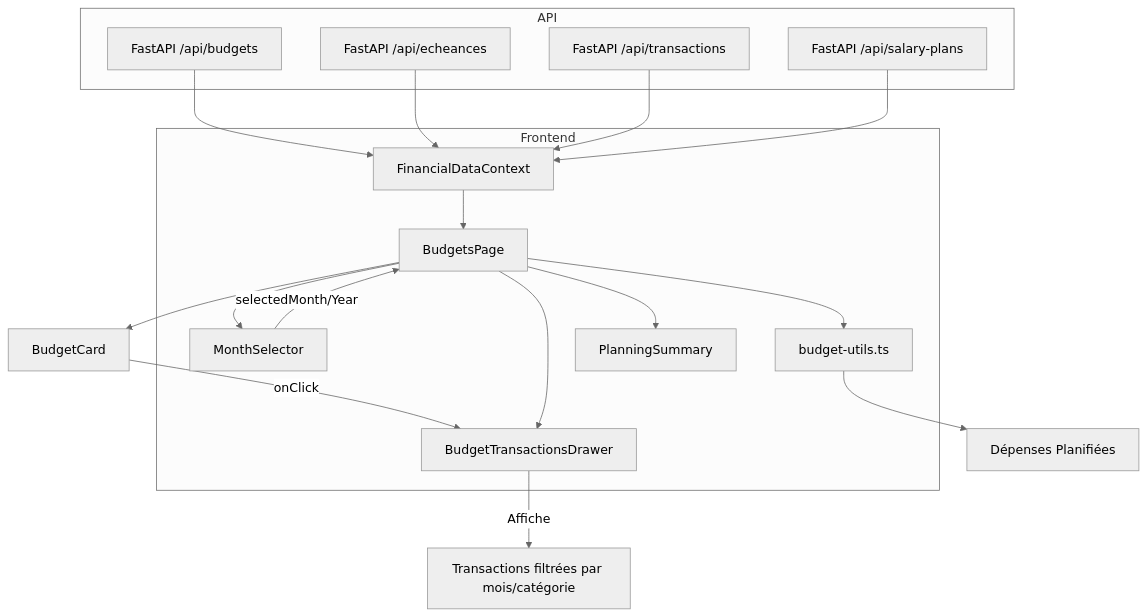
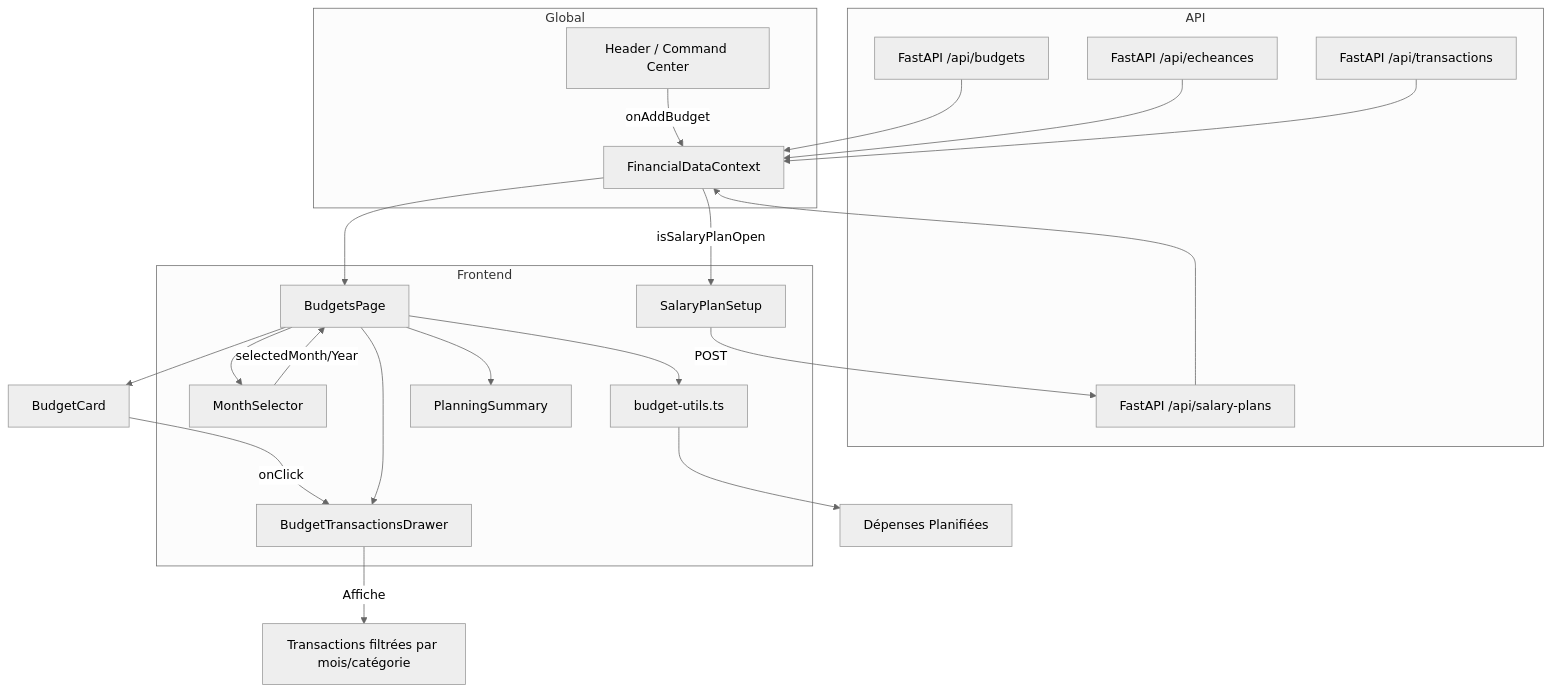
One commit to mdjabi2005-commits/gestio-feature changed the first of 2 diagrams in frontend/src/app/budgets/LOGIC_FLOW.md. Above: the diagram before and after it, drawn with Mermaid (neutral theme). The commit also changed other lines of this file and 144 other files, not shown here.

First line of the commit message:
feat: centralize global financial actions and documentation update

````diff
--- a/frontend/src/app/budgets/LOGIC_FLOW.md
+++ b/frontend/src/app/budgets/LOGIC_FLOW.md
@@ -27,35 +27,44 @@
 ```mermaid
 graph TD
+    subgraph Global
+        Header[Header / Command Center]
+        Context[FinancialDataContext]
+    end
+
     subgraph API
         BUD[FastAPI /api/budgets]
         ECH[FastAPI /api/echeances]
         TXS[FastAPI /api/transactions]
         SAL[FastAPI /api/salary-plans]
     end
     
     subgraph Frontend
-        Context[FinancialDataContext]
         Page[BudgetsPage]
         Selector[MonthSelector]
         Utils["budget-utils.ts"]
         Summary[PlanningSummary]
         Drawer[BudgetTransactionsDrawer]
+        Setup[SalaryPlanSetup]
     end
 
+    Header -->|onAddBudget| Context
+    Context -->|isSalaryPlanOpen| Setup
+    Setup -->|POST| SAL
+    
     BUD --> Context
     ECH --> Context
     TXS --> Context
     SAL --> Context
     
     Context --> Page
     Page --> Selector
     Selector --> |selectedMonth/Year| Page
     Page --> Utils
     Utils --> Planned[Dépenses Planifiées]
     Page --> Summary
     
     Page --> Card[BudgetCard]
     Card -->|onClick| Drawer
     Page --> Drawer
     Drawer -->|Affiche| Transactions[Transactions filtrées par mois/catégorie]
 ```
````
